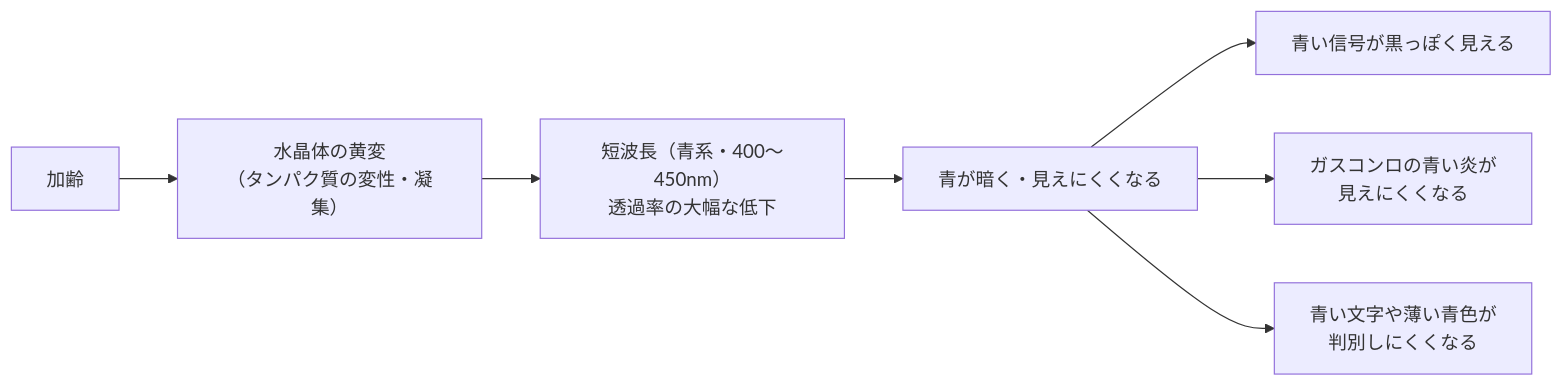
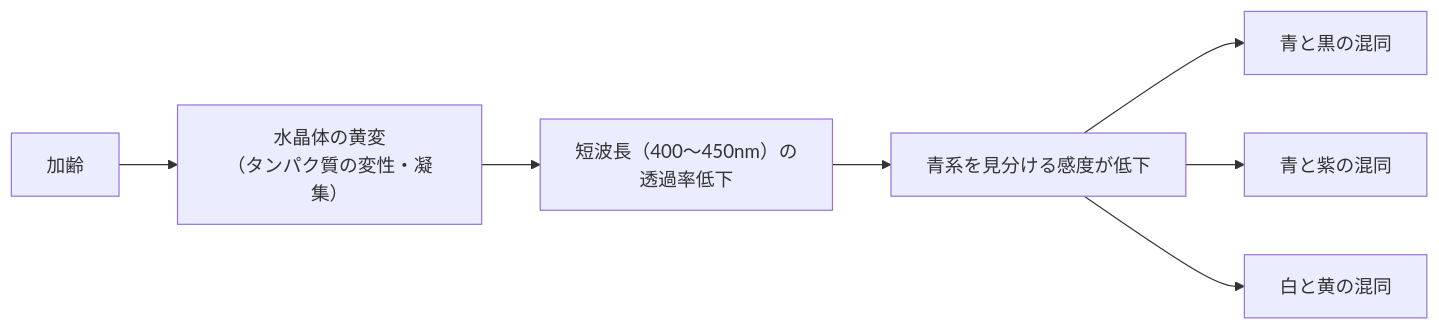
One commit to ozaki25/color-coordination-training-ozaki25 changed the first of 3 diagrams in docs/lessons/lesson22/index.md. Above: the diagram before and after it, drawn with Mermaid. The commit also changed other lines of this file and 10 other files, not shown here.

````diff
--- a/docs/lessons/lesson22/index.md
+++ b/docs/lessons/lesson22/index.md
@@ -60,9 +34,9 @@
 ```mermaid
 graph LR
     A["加齢"] --> B["水晶体の黄変\n（タンパク質の変性・凝集）"]
-    B --> C["短波長（青系・400〜450nm）\n透過率の大幅な低下"]
-    C --> D["青が暗く・見えにくくなる"]
-    D --> E1["青い信号が黒っぽく見える"]
-    D --> E2["ガスコンロの青い炎が\n見えにくくなる"]
-    D --> E3["青い文字や薄い青色が\n判別しにくくなる"]
+    B --> C["短波長（400〜450nm）の\n透過率低下"]
+    C --> D["青系を見分ける感度が低下"]
+    D --> E1["青と黒の混同"]
+    D --> E2["青と紫の混同"]
+    D --> E3["白と黄の混同"]
 ```
````
